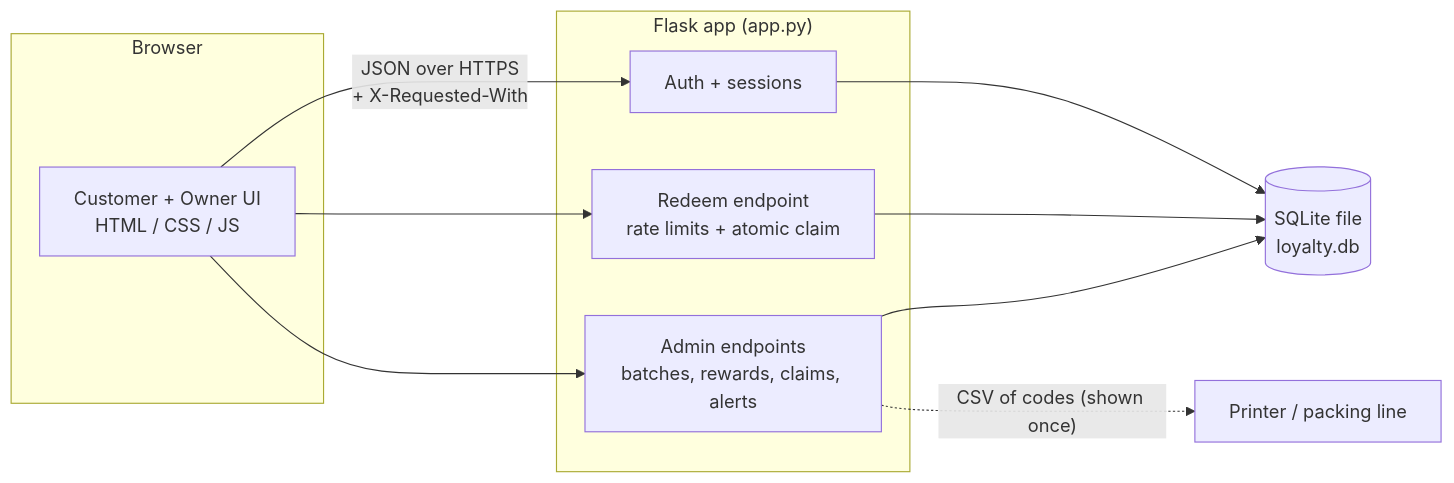
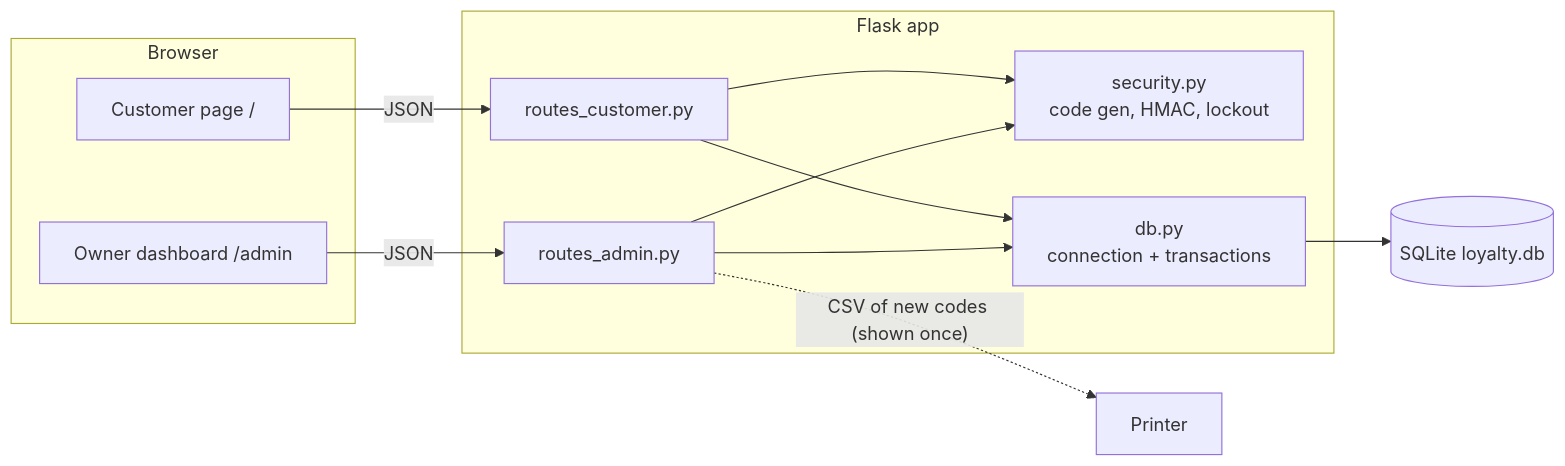
Before and after one commit to patelvrushang9348-dotcom/customers-loyalty-rewards-system: the first of 3 diagrams in ARCHITECTURE.md, drawn with Mermaid. The commit also changed other lines of this file and 4 other files, not shown here.

Commit message:
docs: architecture with diagrams, testing, AI log; add Dockerfile

````diff
--- a/ARCHITECTURE.md
+++ b/ARCHITECTURE.md
@@ -16,20 +16,23 @@
 ```mermaid
 flowchart LR
-  subgraph Browser
-    UI[Customer + Owner UI<br/>HTML / CSS / JS]
-  end
-  subgraph Flask["Flask app (app.py)"]
-    AUTH[Auth + sessions]
-    RED[Redeem endpoint<br/>rate limits + atomic claim]
-    ADM[Admin endpoints<br/>batches, rewards, claims, alerts]
-  end
-  DB[(SQLite file<br/>loyalty.db)]
-  PRINT[Printer / packing line]
-  UI -- "JSON over HTTPS<br/>+ X-Requested-With" --> AUTH
-  UI --> RED
-  UI --> ADM
-  AUTH --> DB
-  RED --> DB
-  ADM --> DB
-  ADM -. "CSV of codes (shown once)" .-> PRINT
+    subgraph Browser
+      C[Customer page /]
+      A[Owner dashboard /admin]
+    end
+    subgraph Flask app
+      RC[routes_customer.py]
+      RA[routes_admin.py]
+      SEC[security.py<br/>code gen, HMAC, lockout]
+      DB[db.py<br/>connection + transactions]
+    end
+    S[(SQLite loyalty.db)]
+    P[Printer]
+    C -->|JSON| RC
+    A -->|JSON| RA
+    RC --> SEC
+    RA --> SEC
+    RC --> DB
+    RA --> DB
+    DB --> S
+    RA -. "CSV of new codes (shown once)" .-> P
 ```
````
